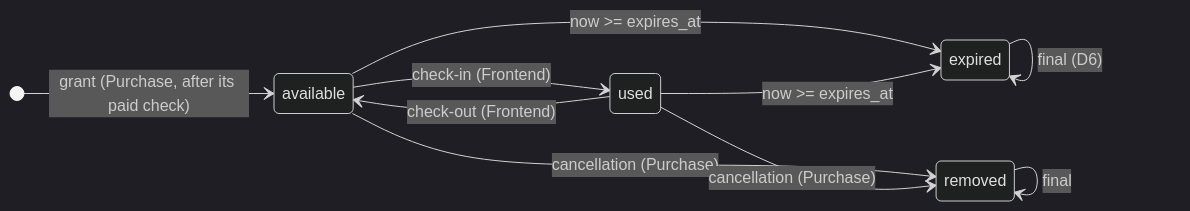
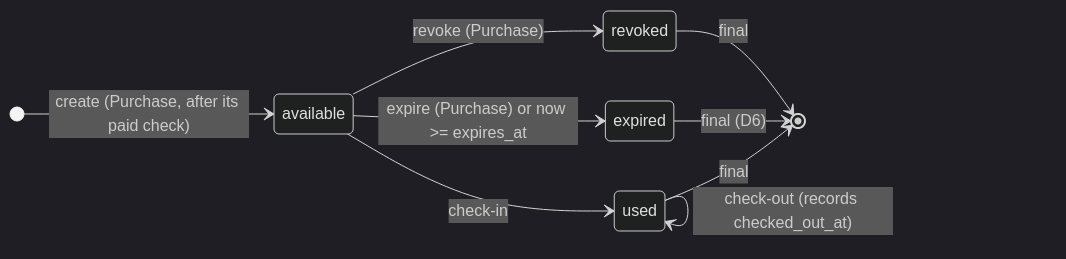
One commit to cs403bkk-2026/spacey-access changed the second of 2 diagrams in docs/database.md. Above: the diagram before and after it, drawn with Mermaid (dark theme). The commit also changed other lines of this file and 24 other files, not shown here.

````diff
--- a/docs/database.md
+++ b/docs/database.md
@@ -64,13 +73,12 @@
 ```mermaid
 stateDiagram-v2
     direction LR
-    [*] --> available: grant (Purchase, after its paid check)
-    available --> used: check-in (Frontend)
-    used --> available: check-out (Frontend)
-    available --> expired: now >= expires_at
-    used --> expired: now >= expires_at
-    available --> removed: cancellation (Purchase)
-    used --> removed: cancellation (Purchase)
-    expired --> expired: final (D6)
-    removed --> removed: final
+    [*] --> available: create (Purchase, after its paid check)
+    available --> used: check-in
+    available --> expired: expire (Purchase) or now >= expires_at
+    available --> revoked: revoke (Purchase)
+    used --> used: check-out (records checked_out_at)
+    used --> [*]: final
+    expired --> [*]: final (D6)
+    revoked --> [*]: final
 ```
````
